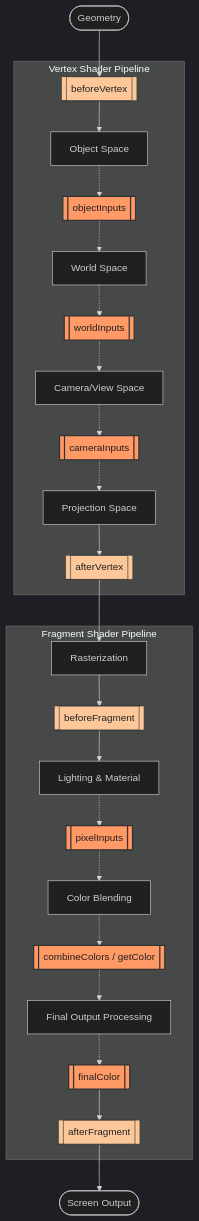
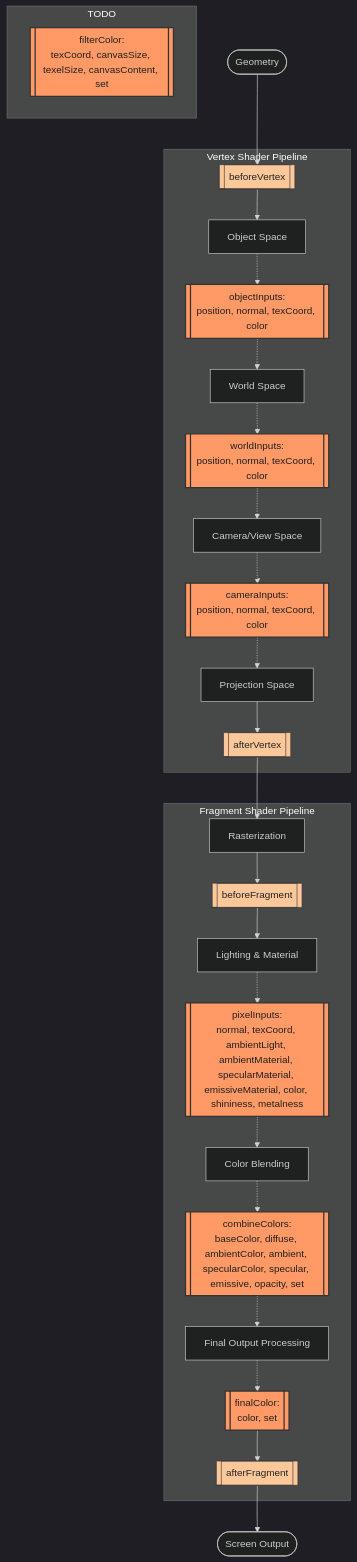
The diagram in src/content/tutorials/en/intro-to-p5-strands.mdx (nbogie/p5.js-website), drawn with Mermaid before and after one commit.

Commit message:
update superset pipeline diagram with hook block properties and correct links

````diff
--- a/src/content/tutorials/en/intro-to-p5-strands.mdx
+++ b/src/content/tutorials/en/intro-to-p5-strands.mdx
@@ -814,40 +814,47 @@
 ```mermaid
 %%{init: {'theme': 'dark'}}%%
 flowchart TD
   classDef hooklesser fill:#fcc89a,stroke:#333,color:#222;
   classDef hook fill:#f96,stroke:#333,stroke-width:2px,color:#202020;
   Start([Geometry]) --> BV
 
   subgraph Vertex_Shader ["Vertex Shader Pipeline"]
       BV[[beforeVertex]] --> OBJ[Object Space]
-      OBJ -.-> INOBJ[[objectInputs]]
+      OBJ -.-> INOBJ[[objectInputs:<br/>position, normal, texCoord, color]]
       INOBJ -.-> WORLD[World Space]
-      WORLD -.-> INWLD[[worldInputs]]
+      WORLD -.-> INWLD[[worldInputs:<br/>position, normal, texCoord, color]]
       INWLD -.-> CAM[Camera/View Space]
-      CAM -.-> INCAM[[cameraInputs]]
+      CAM -.-> INCAM[[cameraInputs:<br/>position, normal, texCoord, color]]
       INCAM -.-> PROJ[Projection Space]
       PROJ --> AV[[afterVertex]]
   end
   AV --> Raster[Rasterization]
   subgraph Fragment_Shader ["Fragment Shader Pipeline"]
       Raster --> BF[[beforeFragment]]
       BF --> L_MAT[Lighting & Material]
-      L_MAT -.-> INPIX[[pixelInputs]]
+      L_MAT -.-> INPIX[[pixelInputs:<br/>normal, texCoord, ambientLight, ambientMaterial, specularMaterial, emissiveMaterial, color, shininess, metalness]]
       INPIX -.-> BLEND[Color Blending]
-      BLEND -.-> COMB[[combineColors / getColor]]
+      BLEND -.-> COMB[[combineColors:<br/>baseColor, diffuse, ambientColor, ambient, specularColor, specular, emissive, opacity, set
+ ]]
       COMB -.-> FIN[Final Output Processing]
-      FIN -.-> FCOLR[[finalColor]]
-      FCOLR --> AF[[afterFragment]]
+      FIN -.-> FINCOL[[finalColor:<br/>color, set]]
+      FINCOL --> AF[[afterFragment]]
+
   end
   AF --> End([Screen Output])
-  
-  click INOBJ "https://beta.p5js.org/reference/#/p5.Shader" "p5.js Shader Reference"
-  click INWLD "https://beta.p5js.org/reference/#/p5.Shader" "p5.js Shader Reference"
-  click INCAM "https://beta.p5js.org/reference/#/p5.Shader" "p5.js Shader Reference"
-  click INPIX "https://beta.p5js.org/reference/#/p5.Shader" "p5.js Shader Reference"
-  click FCOLR "https://beta.p5js.org/reference/#/p5.Shader" "p5.js Shader Reference"
+subgraph TODO ["TODO"]
+  FILCOL[[filterColor:<br/>texCoord, canvasSize, texelSize, canvasContent, set]]
+  end
 
-  class INOBJ,INWLD,INCAM,INPIX,COMB,FCOLR hook
+  click INOBJ "https://beta.p5js.org/reference/p5/objectinputs/" "objectInputs Reference"
+  click INWLD "https://beta.p5js.org/reference/p5/worldinputs/" "worldInputs Reference"
+  click INCAM "https://beta.p5js.org/reference/p5/camerainputs/" "cameraInputs Reference"
+  click INPIX "https://beta.p5js.org/reference/p5/pixelinputs/" "pixelInputs Reference"
+  click COMB "https://beta.p5js.org/reference/p5/combineColors/" "combineColors Reference"
+  click FINCOL "https://beta.p5js.org/reference/p5/finalcolor/" "finalColor Reference"
+  click FILCOL "https://beta.p5js.org/reference/p5/filtercolor/" "filterColor Reference"
+
+  class INOBJ,INWLD,INCAM,INPIX,COMB,FINCOL,FILCOL hook
   class BV,AV,BF,AF hooklesser
 
 ```
````
